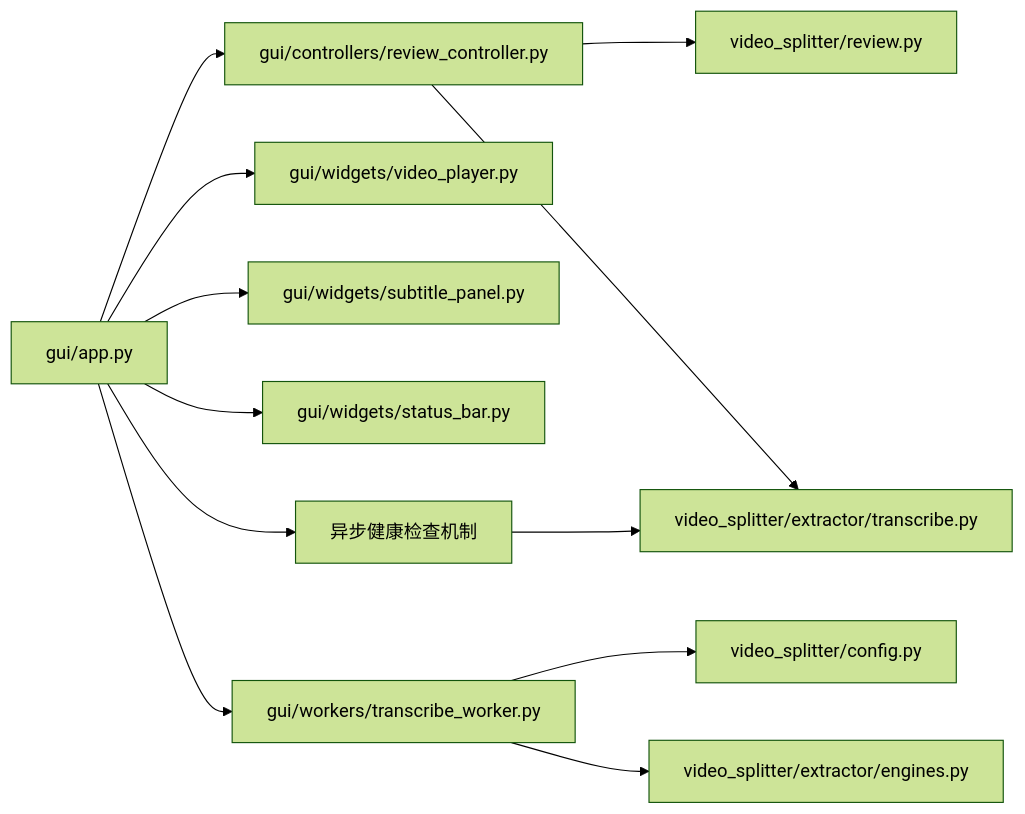
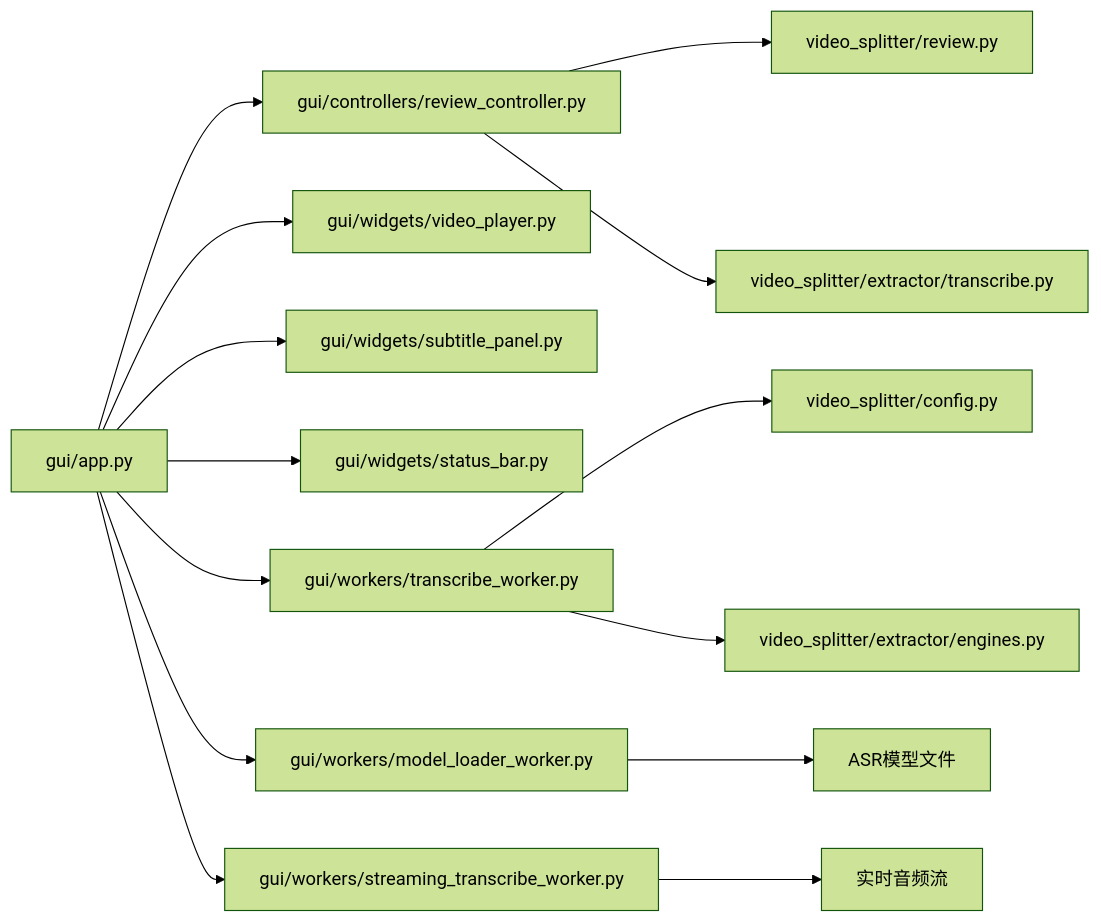
Before and after one commit to boyingliu01/VideoSplitter: the fifth of 5 diagrams in .qoder/repowiki/zh/content/用户界面/GUI架构设计.md, drawn with Mermaid (forest theme). The commit also changed other lines of this file and 147 other files, not shown here.

````diff
--- a/.qoder/repowiki/zh/content/用户界面/GUI架构设计.md
+++ b/.qoder/repowiki/zh/content/用户界面/GUI架构设计.md
@@ -354,14 +417,16 @@
 ```mermaid
 graph LR
 A["gui/app.py"] --> B["gui/controllers/review_controller.py"]
 A --> C["gui/widgets/video_player.py"]
 A --> D["gui/widgets/subtitle_panel.py"]
 A --> E["gui/widgets/status_bar.py"]
 A --> F["gui/workers/transcribe_worker.py"]
-B --> G["video_splitter/review.py"]
-B --> H["video_splitter/extractor/transcribe.py"]
-F --> I["video_splitter/config.py"]
-F --> J["video_splitter/extractor/engines.py"]
-A --> K["异步健康检查机制"]
-K --> H
+A --> G["gui/workers/model_loader_worker.py"]
+A --> H["gui/workers/streaming_transcribe_worker.py"]
+B --> I["video_splitter/review.py"]
+B --> J["video_splitter/extractor/transcribe.py"]
+F --> K["video_splitter/config.py"]
+F --> L["video_splitter/extractor/engines.py"]
+G --> M["ASR模型文件"]
+H --> N["实时音频流"]
 ```
````
